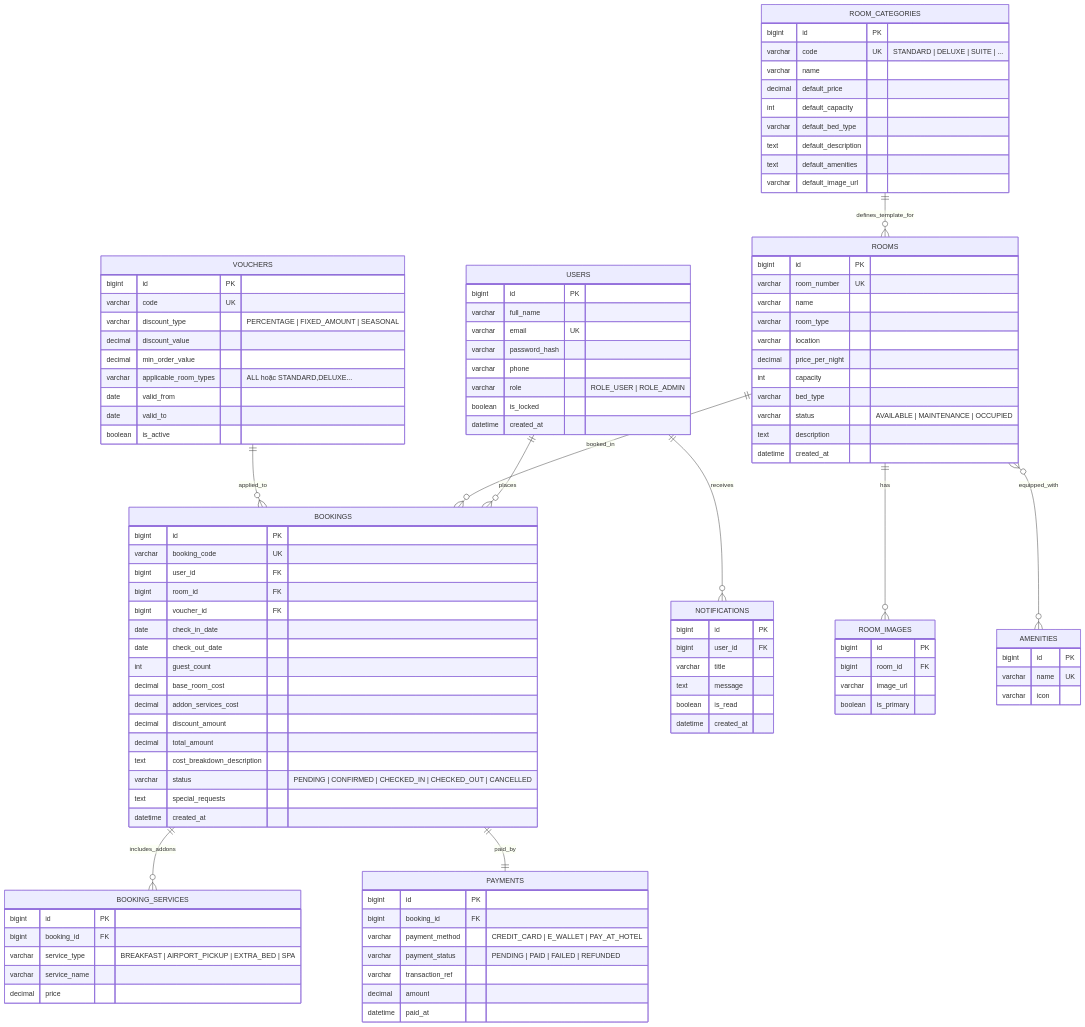
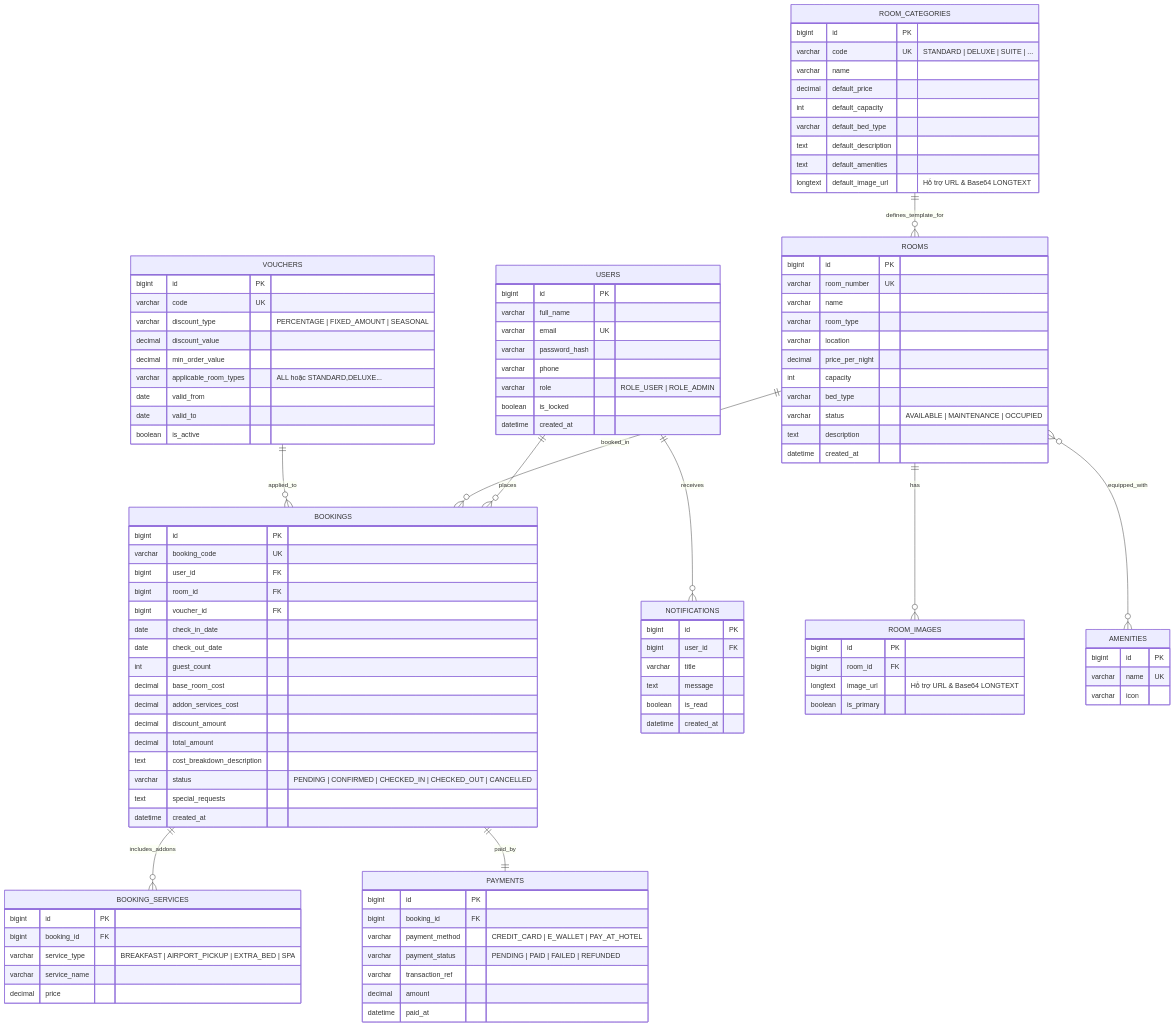
One commit to Binfhan/hotel-booking-system changed the third of 9 diagrams in BAO_CAO_DESIGN_PATTERNS_VA_SOLID.md. Above: the diagram before and after it, drawn with Mermaid. The commit also changed other lines of this file and 23 other files, not shown here.

```diff
--- a/BAO_CAO_DESIGN_PATTERNS_VA_SOLID.md
+++ b/BAO_CAO_DESIGN_PATTERNS_VA_SOLID.md
@@ -297,7 +332,7 @@
         varchar default_bed_type
         text default_description
         text default_amenities
-        varchar default_image_url
+        longtext default_image_url "Hỗ trợ URL & Base64 LONGTEXT"
     }
 
     ROOMS {
@@ -317,7 +352,7 @@
     ROOM_IMAGES {
         bigint id PK
         bigint room_id FK
-        varchar image_url
+        longtext image_url "Hỗ trợ URL & Base64 LONGTEXT"
         boolean is_primary
     }
 
```
